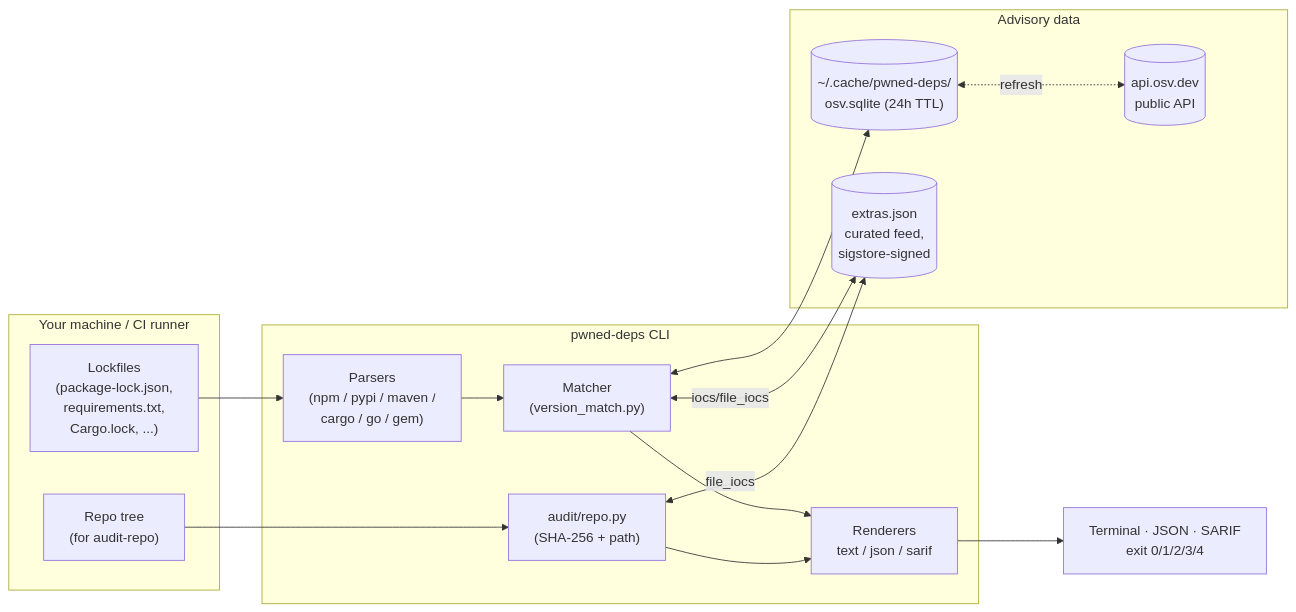
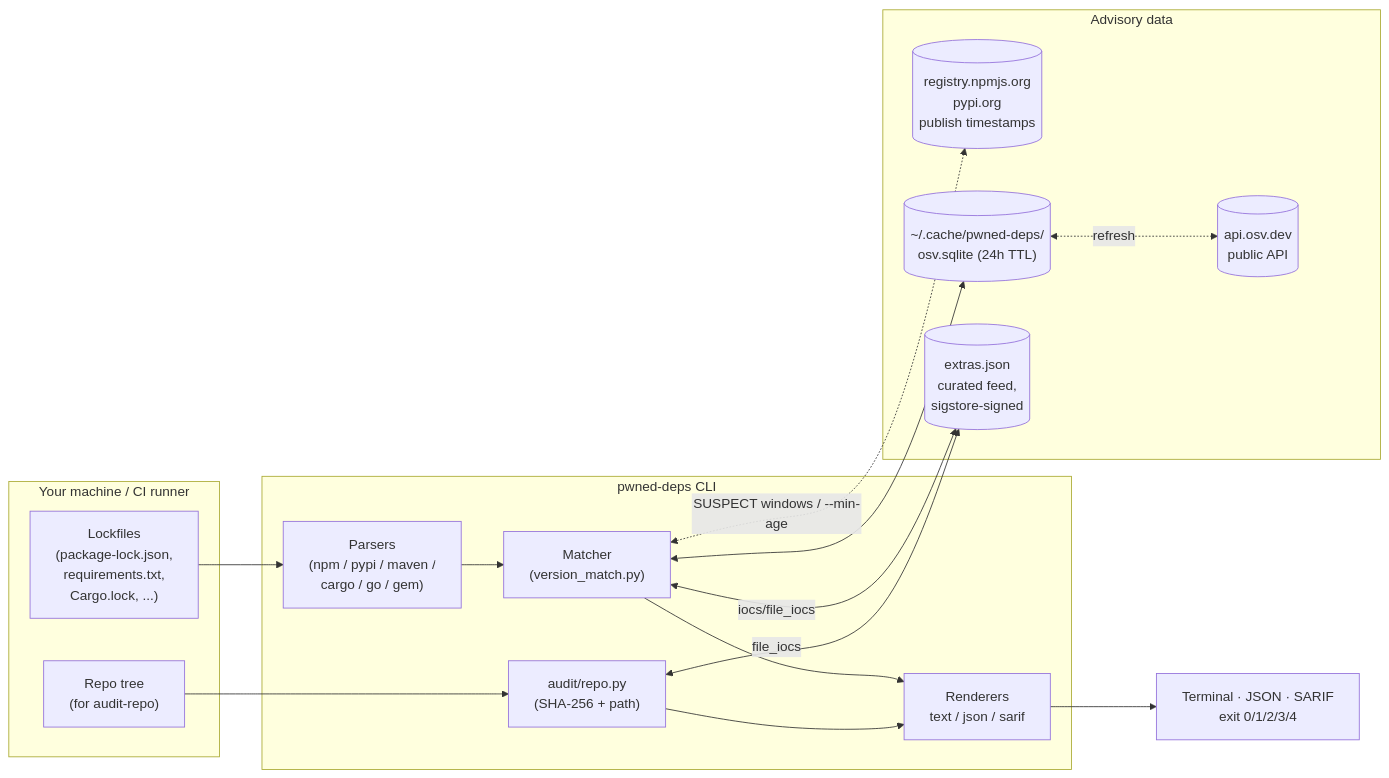
The first of 2 diagrams in README.md (mkbhardwas12/pwned-deps), drawn with Mermaid before and after one commit. The commit also changed other lines of this file and 13 other files, not shown here.

````diff
--- a/README.md
+++ b/README.md
@@ -84,30 +84,32 @@
 ```mermaid
 flowchart LR
     subgraph User["Your machine / CI runner"]
         LF["Lockfiles<br/>(package-lock.json,<br/>requirements.txt,<br/>Cargo.lock, ...)"]
         REPO["Repo tree<br/>(for audit-repo)"]
     end
 
     subgraph CLI["pwned-deps CLI"]
         P["Parsers<br/>(npm / pypi / maven /<br/>cargo / go / gem)"]
         M["Matcher<br/>(version_match.py)"]
         A["audit/repo.py<br/>(SHA-256 + path)"]
         R["Renderers<br/>text / json / sarif"]
     end
 
     subgraph Data["Advisory data"]
         OSV[("api.osv.dev<br/>public API")]
+        REG[("registry.npmjs.org<br/>pypi.org<br/>publish timestamps")]
         CACHE[("~/.cache/pwned-deps/<br/>osv.sqlite (24h TTL)")]
         EX[("extras.json<br/>curated feed,<br/>sigstore-signed")]
     end
 
     LF --> P --> M
     REPO --> A
     M <--> CACHE
     CACHE <-.refresh.-> OSV
+    M <-.SUSPECT windows / --min-age.-> REG
     M <-- iocs/file_iocs --> EX
     A <-- file_iocs --> EX
     M --> R
     A --> R
     R --> OUT["Terminal · JSON · SARIF<br/>exit 0/1/2/3/4"]
 ```
````
